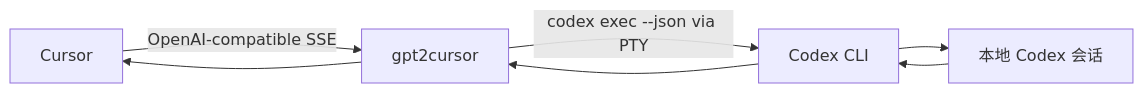
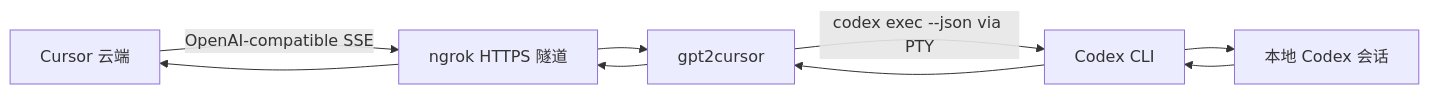
Before and after one commit to ingeniousfrog/gpt2cursor: the diagram in README-CN.md, drawn with Mermaid. The commit also changed other lines of this file and 4 other files, not shown here.

````diff
--- a/README-CN.md
+++ b/README-CN.md
@@ -86,14 +88,17 @@
 ```mermaid
 flowchart LR
-  Cursor["Cursor"]
+  Cursor["Cursor 云端"]
+  Ngrok["ngrok HTTPS 隧道"]
   LocalEndpoint["gpt2cursor"]
   CodexCLI["Codex CLI"]
   CodexSession["本地 Codex 会话"]
 
-  Cursor -->|"OpenAI-compatible SSE"| LocalEndpoint
+  Cursor -->|"OpenAI-compatible SSE"| Ngrok
+  Ngrok --> LocalEndpoint
   LocalEndpoint -->|"codex exec --json via PTY"| CodexCLI
   CodexCLI --> CodexSession
   CodexSession --> CodexCLI
   CodexCLI --> LocalEndpoint
-  LocalEndpoint --> Cursor
+  LocalEndpoint --> Ngrok
+  Ngrok --> Cursor
 ```
````
